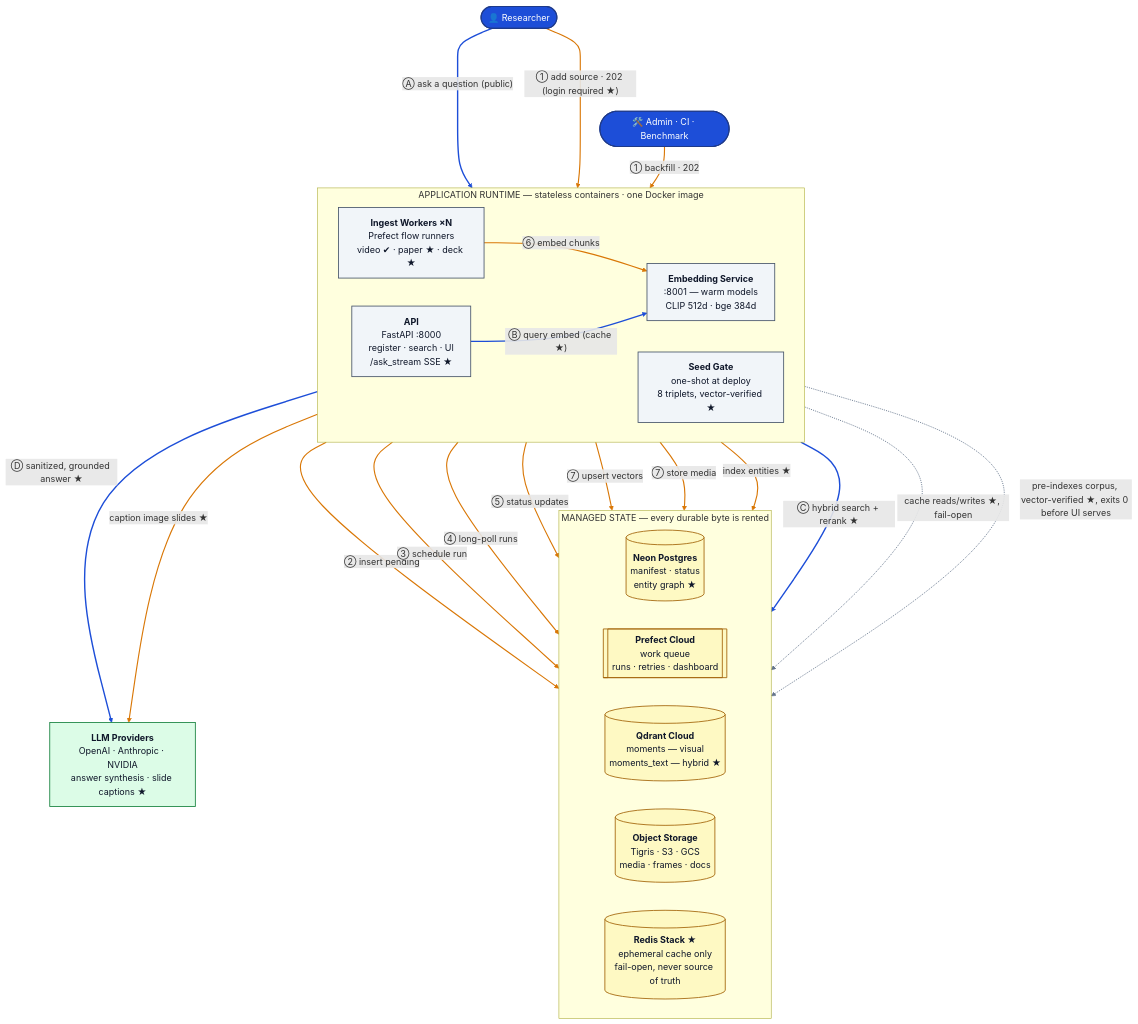
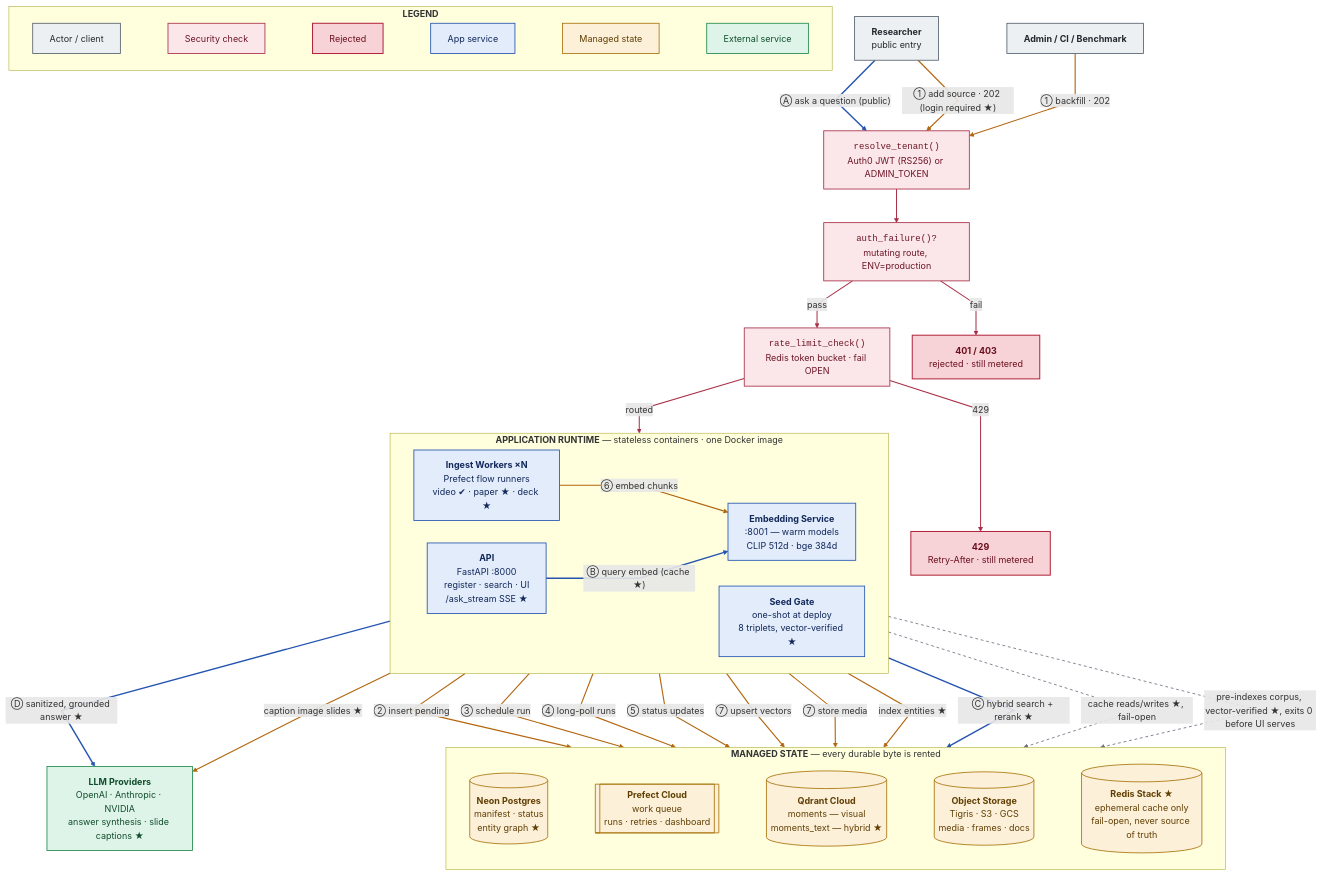
Before and after one commit to Bhardwaj-Saurabh/ScholarMomentSearch: the first of 8 diagrams in ARCHITECTURE.md, drawn with Mermaid. The commit also changed other lines of this file, not shown here.

Commit message:
Polish HLD/mermaid diagrams: straight edges, bold headers, unified legend/palette

````diff
--- a/ARCHITECTURE.md
+++ b/ARCHITECTURE.md
@@ -80,51 +80,78 @@
 ```mermaid
+%%{init: {'flowchart': {'curve': 'linear', 'nodeSpacing': 40, 'rankSpacing': 60, 'htmlLabels': true}}}%%
 flowchart TB
-  classDef actor fill:#1d4ed8,stroke:#1e3a8a,stroke-width:2px,color:#ffffff
-  classDef app fill:#f1f5f9,stroke:#475569,stroke-width:1.5px,color:#0f172a
-  classDef state fill:#fef9c3,stroke:#a16207,stroke-width:1.5px,color:#0f172a
-  classDef ext fill:#dcfce7,stroke:#15803d,stroke-width:1.5px,color:#0f172a
+  classDef actor fill:#edf0f3,stroke:#55606c,stroke-width:1.5px,color:#23282e
+  classDef gate fill:#fbe7ea,stroke:#a92f47,stroke-width:1.5px,color:#6d1626
+  classDef reject fill:#f7d3d7,stroke:#b0233b,stroke-width:1.8px,color:#6b0f1f
+  classDef app fill:#e2ecfb,stroke:#2454b0,stroke-width:1.5px,color:#12285a
+  classDef state fill:#fcf0d8,stroke:#a9740c,stroke-width:1.5px,color:#603f04
+  classDef ext fill:#dff4e9,stroke:#1f8a4c,stroke-width:1.5px,color:#0f4d2a
 
-  U(["👤 Researcher"]):::actor
-  A(["🛠️ Admin · CI · Benchmark"]):::actor
+  subgraph LEGEND ["<b>LEGEND</b>"]
+    direction LR
+    L1["Actor / client"]:::actor
+    L2["Security check"]:::gate
+    L3["Rejected"]:::reject
+    L4["App service"]:::app
+    L5["Managed state"]:::state
+    L6["External service"]:::ext
+    L1 ~~~ L2 ~~~ L3 ~~~ L4 ~~~ L5 ~~~ L6
+  end
 
-  subgraph RUNTIME ["APPLICATION RUNTIME — stateless containers · one Docker image"]
+  U["<b>Researcher</b><br/>public entry"]:::actor
+  A["<b>Admin / CI / Benchmark</b>"]:::actor
+
+  RESOLVE["<code>resolve_tenant()</code><br/>Auth0 JWT (RS256) or ADMIN_TOKEN"]:::gate
+  AUTHCHK["<code>auth_failure()?</code><br/>mutating route, ENV=production"]:::gate
+  RATELIM["<code>rate_limit_check()</code><br/>Redis token bucket · fail OPEN"]:::gate
+  REJECT401["<b>401 / 403</b><br/>rejected · still metered"]:::reject
+  REJECT429["<b>429</b><br/>Retry-After · still metered"]:::reject
+
+  subgraph RUNTIME ["<b>APPLICATION RUNTIME</b> — stateless containers · one Docker image"]
     direction LR
     API["<b>API</b><br/>FastAPI :8000<br/>register · search · UI<br/>/ask_stream SSE ★"]:::app
     EMB["<b>Embedding Service</b><br/>:8001 — warm models<br/>CLIP 512d · bge 384d"]:::app
     WK["<b>Ingest Workers ×N</b><br/>Prefect flow runners<br/>video ✔ · paper ★ · deck ★"]:::app
     SEED["<b>Seed Gate</b><br/>one-shot at deploy<br/>8 triplets, vector-verified ★"]:::app
   end
 
-  subgraph STATE ["MANAGED STATE — every durable byte is rented"]
+  subgraph STATE ["<b>MANAGED STATE</b> — every durable byte is rented"]
     direction LR
     PG[("<b>Neon Postgres</b><br/>manifest · status<br/>entity graph ★")]:::state
     MQ[["<b>Prefect Cloud</b><br/>work queue<br/>runs · retries · dashboard"]]:::state
     VDB[("<b>Qdrant Cloud</b><br/>moments — visual<br/>moments_text — hybrid ★")]:::state
     OBJ[("<b>Object Storage</b><br/>Tigris · S3 · GCS<br/>media · frames · docs")]:::state
     RDS[("<b>Redis Stack ★</b><br/>ephemeral cache only<br/>fail-open, never source of truth")]:::state
+    PG ~~~ MQ ~~~ VDB ~~~ OBJ ~~~ RDS
   end
 
   LLMX["<b>LLM Providers</b><br/>OpenAI · Anthropic · NVIDIA<br/>answer synthesis · slide captions ★"]:::ext
 
-  U ---->|"Ⓐ ask a question (public)"| API
-  U -->|"① add source · 202 (login required ★)"| API
-  A -->|"① backfill · 202"| API
+  U -->|"Ⓐ ask a question (public)"| RESOLVE
+  U -->|"① add source · 202 (login required ★)"| RESOLVE
+  A -->|"① backfill · 202"| RESOLVE
+  RESOLVE --> AUTHCHK
+  AUTHCHK -->|"fail"| REJECT401
+  AUTHCHK -->|"pass"| RATELIM
+  RATELIM -->|"429"| REJECT429
+  RATELIM -->|"routed"| API
   API -->|"② insert pending"| PG
   API -->|"③ schedule run"| MQ
   WK -->|"④ long-poll runs"| MQ
   WK -->|"⑤ status updates"| PG
   WK -->|"⑥ embed chunks"| EMB
   WK -->|"⑦ upsert vectors"| VDB
   WK -->|"⑦ store media"| OBJ
   WK -->|"index entities ★"| PG
   API -->|"Ⓑ query embed (cache ★)"| EMB
   API -->|"Ⓒ hybrid search + rerank ★"| VDB
   API -->|"Ⓓ sanitized, grounded answer ★"| LLMX
   WK -->|"caption image slides ★"| LLMX
   API -.->|"cache reads/writes ★, fail-open"| RDS
   SEED -.->|"pre-indexes corpus, vector-verified ★, exits 0 before UI serves"| PG
 
-  linkStyle 0,11,12,13 stroke:#1d4ed8,stroke-width:2.5px
-  linkStyle 1,2,3,4,5,6,7,8,9,10,14 stroke:#d97706,stroke-width:2px
-  linkStyle 15,16 stroke:#64748b,stroke-width:1.5px
+  linkStyle 9,25,26,27 stroke:#2454b0,stroke-width:2.5px
+  linkStyle 10,11,17,18,19,20,21,22,23,24,28 stroke:#b3660f,stroke-width:2px
+  linkStyle 12,13,14,15,16 stroke:#a92f47,stroke-width:1.8px
+  linkStyle 29,30 stroke:#6b7280,stroke-width:1.5px,stroke-dasharray:5 5
 ```
````
